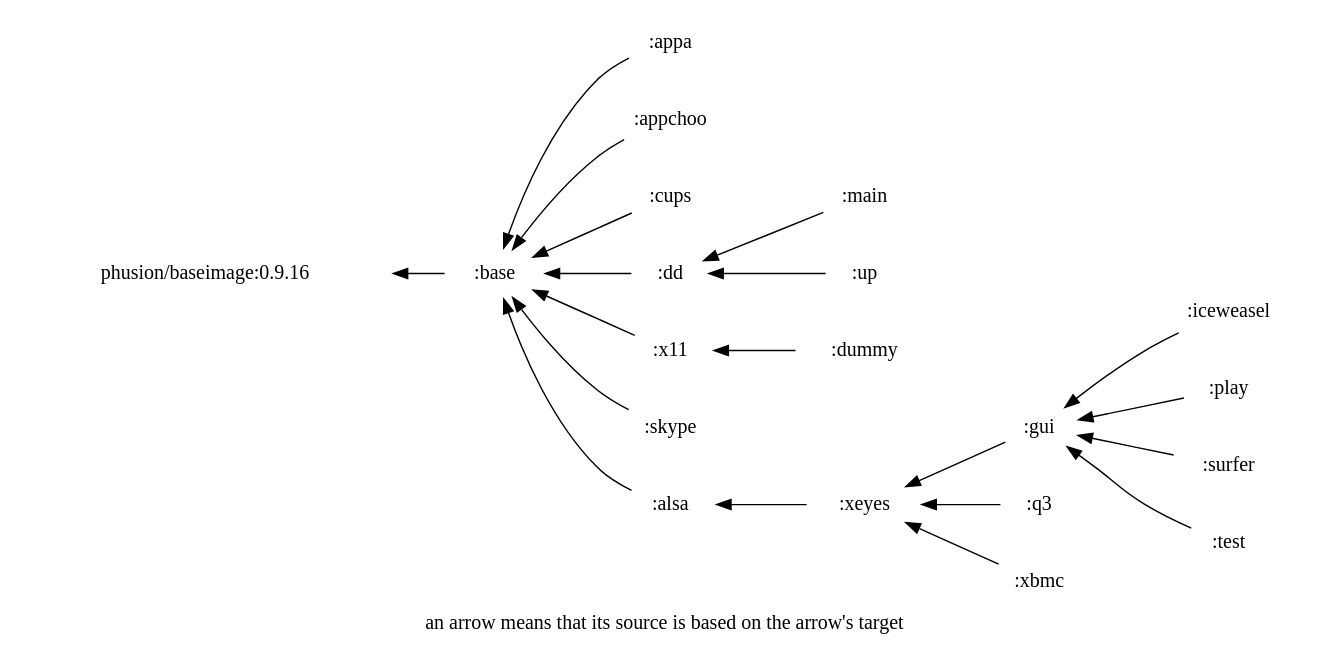
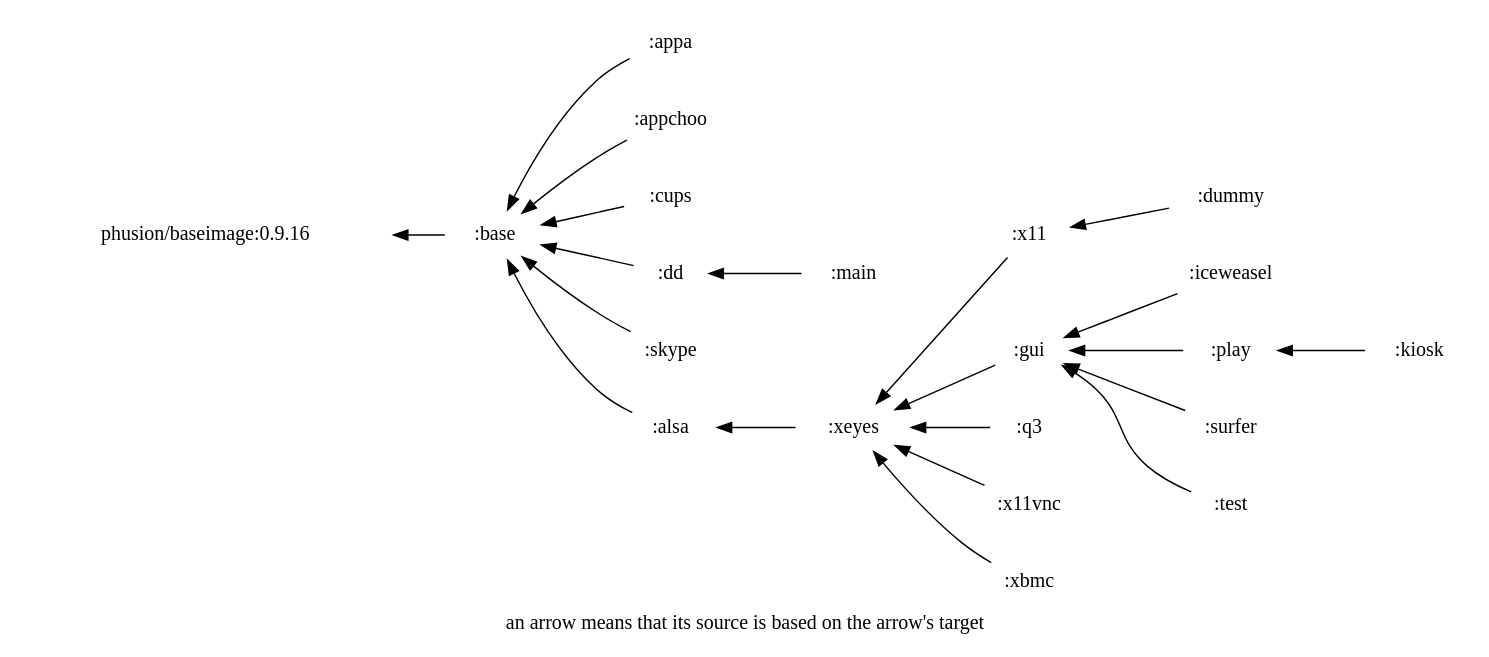
Before and after one commit to hilbert/hilbert-docker-images: the diagram in deps.dot, drawn with Graphviz. The commit also changed 1 other file, not shown here.

```diff
--- a/deps.dot
+++ b/deps.dot
@@ -1,21 +1,22 @@
 digraph deps{ graph [label="an arrow means that its source is based on the arrow's target", labelloc=b]; node [color=white]; rankdir = RL;
 ":alsa" -> ":base" ;
 ":appa" -> ":base" ;
 ":appchoo" -> ":base" ;
 ":base" -> "phusion/baseimage:0.9.16" ;
 ":cups" -> ":base" ;
 ":dd" -> ":base" ;
 ":dummy" -> ":x11" ;
 ":gui" -> ":xeyes" ;
 ":iceweasel" -> ":gui" ;
+":kiosk" -> ":play" ;
 ":main" -> ":dd" ;
 ":play" -> ":gui" ;
 ":q3" -> ":xeyes" ;
 ":skype" -> ":base" ;
 ":surfer" -> ":gui" ;
 ":test" -> ":gui" ;
-":up" -> ":dd" ;
-":x11" -> ":base" ;
+":x11" -> ":xeyes" ;
+":x11vnc" -> ":xeyes" ;
 ":xbmc" -> ":xeyes" ;
 ":xeyes" -> ":alsa" ;
 }
```
